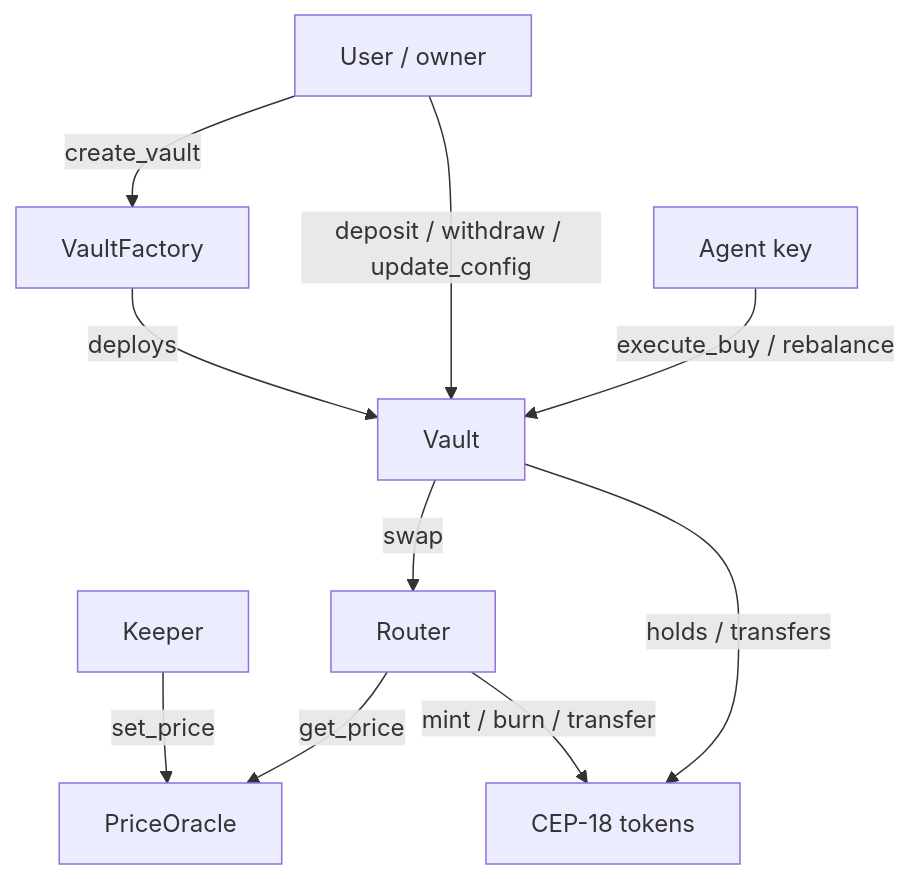
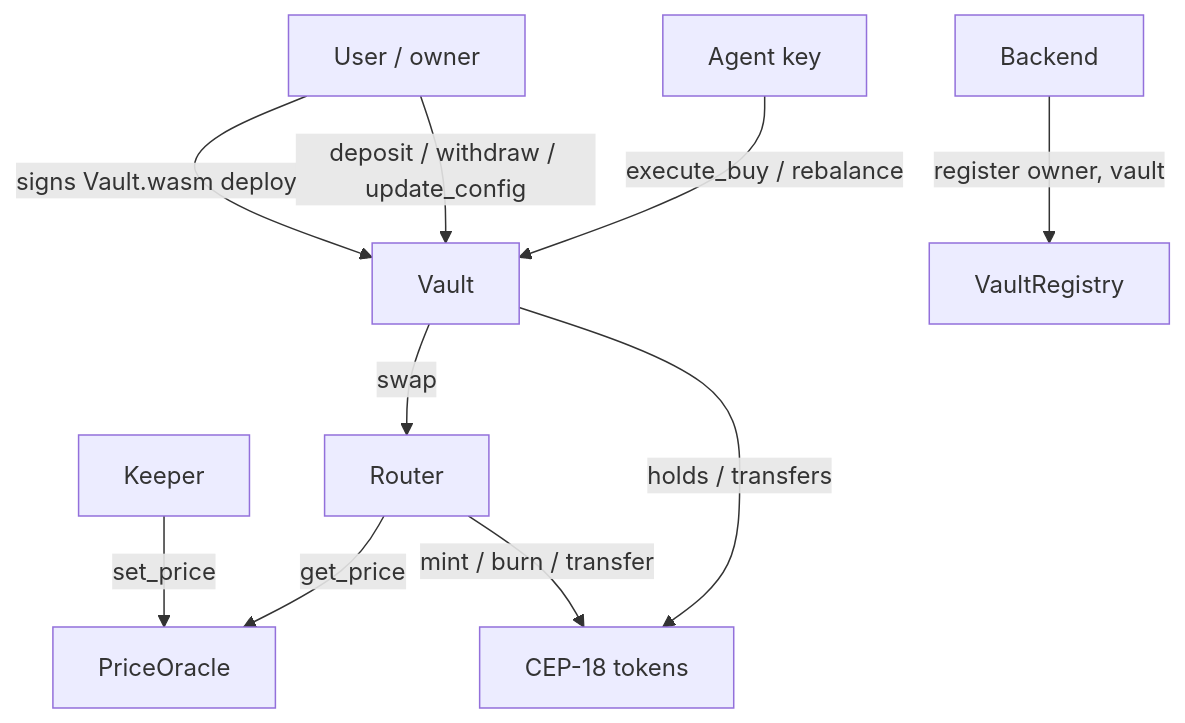
The diagram in contract/ARCHITECTURE.md (TarasBrilian/stigma-agent), drawn with Mermaid before and after one commit. The commit also changed other lines of this file and 13 other files, not shown here.

````diff
--- a/contract/ARCHITECTURE.md
+++ b/contract/ARCHITECTURE.md
@@ -11,12 +19,12 @@
 ```mermaid
 graph TD
-    USER[User / owner] -->|create_vault| FACT[VaultFactory]
-    FACT -->|deploys| VAULT[Vault]
+    USER[User / owner] -->|signs Vault.wasm deploy| VAULT[Vault]
+    BACKEND[Backend] -->|register owner, vault| REG[VaultRegistry]
     USER -->|deposit / withdraw / update_config| VAULT
     AGENT[Agent key] -->|execute_buy / rebalance| VAULT
     KEEPER[Keeper] -->|set_price| ORACLE[PriceOracle]
     VAULT -->|swap| ROUTER[Router]
     ROUTER -->|get_price| ORACLE
     ROUTER -->|mint / burn / transfer| TOKENS[CEP-18 tokens]
     VAULT -->|holds / transfers| TOKENS
 ```
````
